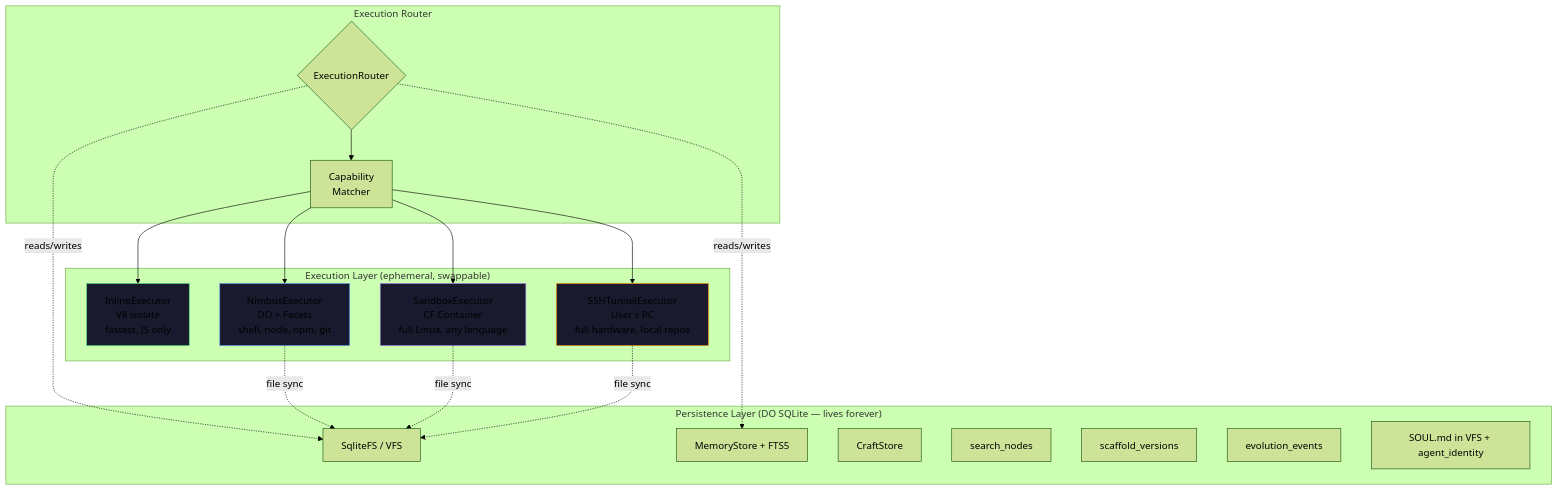
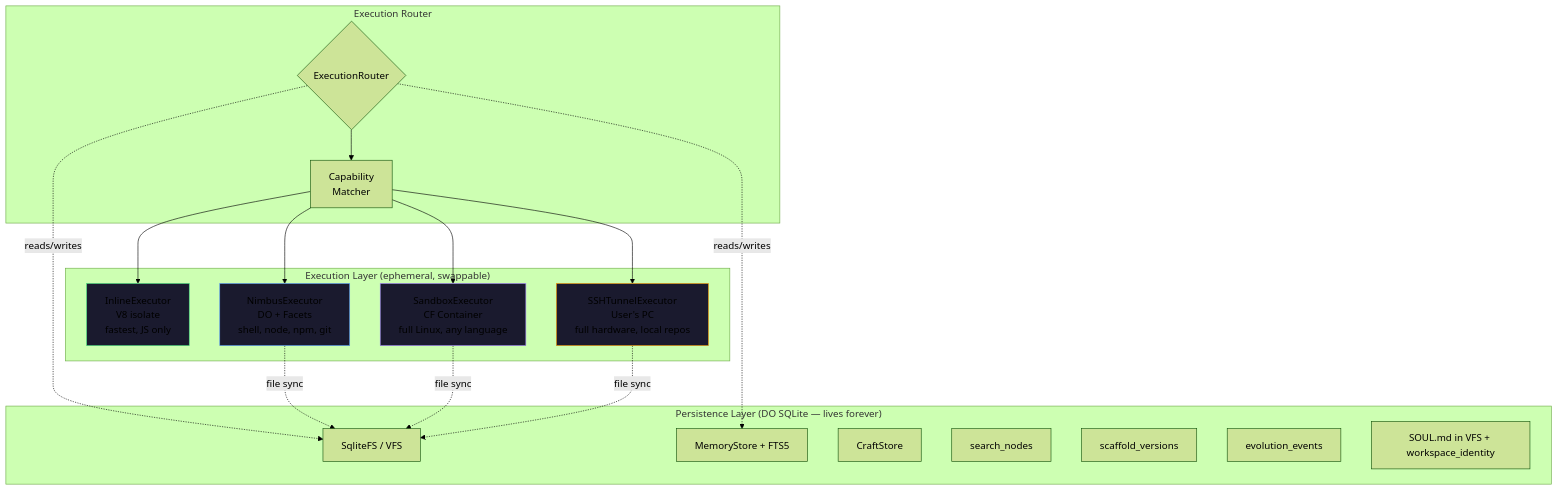
Before and after one commit to AshishKumar4/Proteus: the first of 4 diagrams in docs/EXECUTION-LAYER-SPEC.md, drawn with Mermaid (forest theme). The commit also changed other lines of this file and 9 other files, not shown here.

````diff
--- a/docs/EXECUTION-LAYER-SPEC.md
+++ b/docs/EXECUTION-LAYER-SPEC.md
@@ -38,41 +38,41 @@
 ```mermaid
 graph TB
     subgraph "Persistence Layer (DO SQLite — lives forever)"
         VFS[SqliteFS / VFS]
         Memory[MemoryStore + FTS5]
         Craft[CraftStore]
         MCTS[search_nodes]
         Scaffold[scaffold_versions]
         Evolution[evolution_events]
-        Identity[SOUL.md in VFS + agent_identity]
+        Identity[SOUL.md in VFS + workspace_identity]
     end
 
     subgraph "Execution Router"
         Router{ExecutionRouter}
         CapCheck[Capability<br/>Matcher]
     end
 
     subgraph "Execution Layer (ephemeral, swappable)"
         Inline[InlineExecutor<br/>V8 isolate<br/>fastest, JS only]
         Nimbus[NimbusExecutor<br/>DO + Facets<br/>shell, node, npm, git]
         Sandbox[SandboxExecutor<br/>CF Container<br/>full Linux, any language]
         SSH[SSHTunnelExecutor<br/>User's PC<br/>full hardware, local repos]
     end
 
     Router --> CapCheck
     CapCheck --> Inline
     CapCheck --> Nimbus
     CapCheck --> Sandbox
     CapCheck --> SSH
 
     Router -.->|reads/writes| VFS
     Router -.->|reads/writes| Memory
     Nimbus -.->|file sync| VFS
     Sandbox -.->|file sync| VFS
     SSH -.->|file sync| VFS
 
     style Inline fill:#1a1a2e,stroke:#4ade80
     style Nimbus fill:#1a1a2e,stroke:#60a5fa
     style Sandbox fill:#1a1a2e,stroke:#a78bfa
     style SSH fill:#1a1a2e,stroke:#f59e0b
 ```
````
